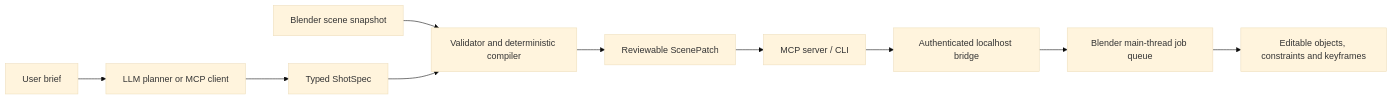
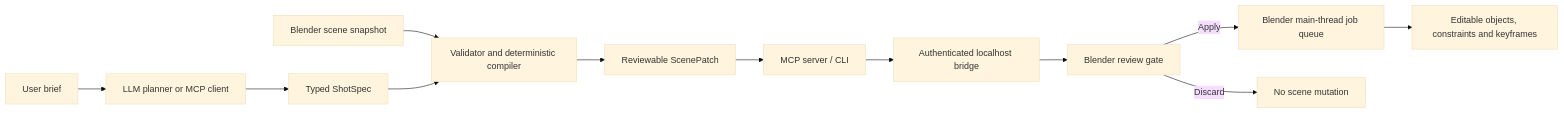
One commit to xuebazhou-blip/FaceLink changed the diagram in docs/ARCHITECTURE.md. Above: the diagram before and after it, drawn with Mermaid (base theme). The commit also changed other lines of this file and 20 other files, not shown here.

Commit message:
Add Blender review staging workflow

````diff
--- a/docs/ARCHITECTURE.md
+++ b/docs/ARCHITECTURE.md
@@ -7,12 +7,14 @@
 ```mermaid
 flowchart LR
     U["User brief"] --> P["LLM planner or MCP client"]
     P --> S["Typed ShotSpec"]
     B["Blender scene snapshot"] --> V["Validator and deterministic compiler"]
     S --> V
     V --> R["Reviewable ScenePatch"]
     R --> M["MCP server / CLI"]
     M --> H["Authenticated localhost bridge"]
-    H --> Q["Blender main-thread job queue"]
+    H --> G["Blender review gate"]
+    G -->|"Apply"| Q["Blender main-thread job queue"]
+    G -->|"Discard"| X["No scene mutation"]
     Q --> E["Editable objects, constraints and keyframes"]
 ```
````
